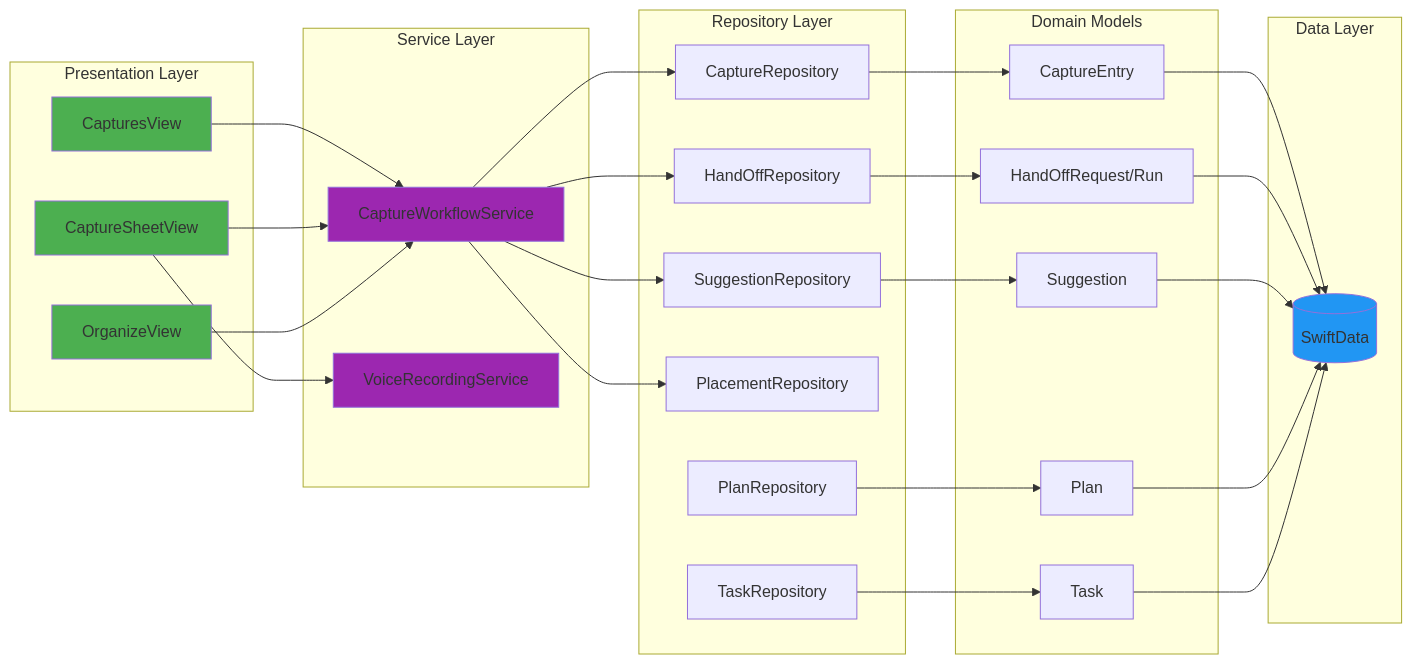
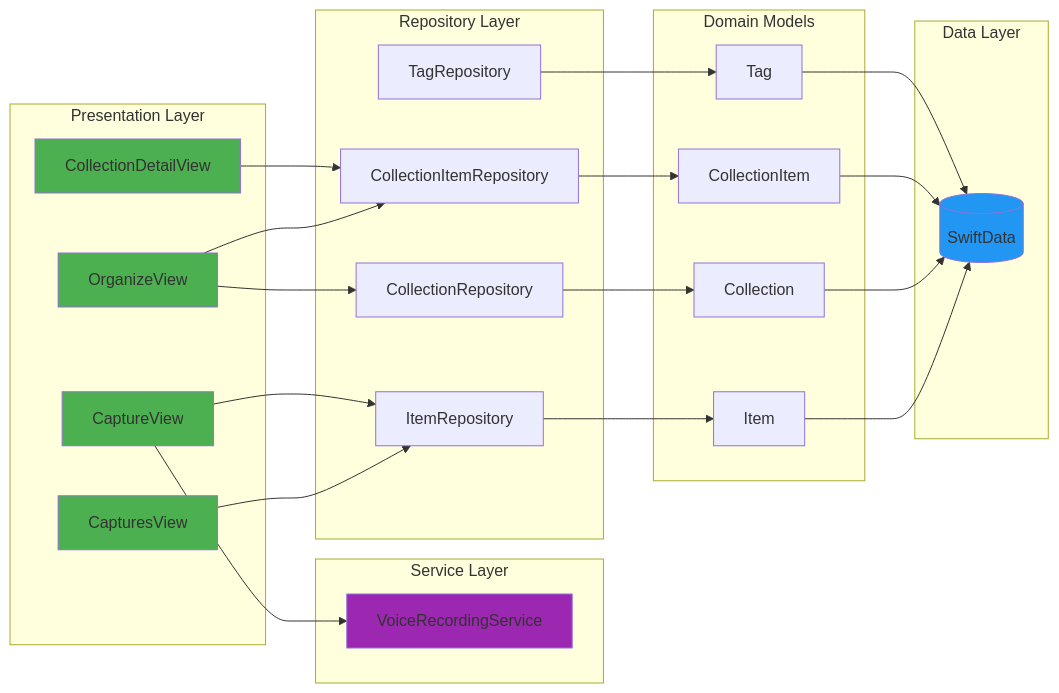
Before and after one commit to Will-Conklin/offload: the second of 4 diagrams in README.md, drawn with Mermaid. The commit also changed other lines of this file and 3 other files, not shown here.

````diff
--- a/README.md
+++ b/README.md
@@ -147,63 +143,55 @@
 ```mermaid
 graph LR
     subgraph "Presentation Layer"
         CAPTURES[CapturesView]
-        CAPTURE[CaptureSheetView]
+        CAPTURE[CaptureView]
         ORGANIZE[OrganizeView]
+        COLLECTION[CollectionDetailView]
     end
 
     subgraph "Service Layer"
-        WORKFLOW[CaptureWorkflowService]
         VOICE[VoiceRecordingService]
     end
 
     subgraph "Repository Layer"
-        CREPO[CaptureRepository]
-        HOREPO[HandOffRepository]
-        SUGREPO[SuggestionRepository]
-        PREPO[PlacementRepository]
-        PLANREPO[PlanRepository]
-        TREPO[TaskRepository]
+        IREPO[ItemRepository]
+        CREPO[CollectionRepository]
+        CIREPO[CollectionItemRepository]
+        TREPO[TagRepository]
     end
 
     subgraph "Domain Models"
-        CAP[CaptureEntry]
-        HO[HandOffRequest/Run]
-        SUG[Suggestion]
-        PLAN[Plan]
-        TASK[Task]
+        ITEM[Item]
+        COLLECTIONM[Collection]
+        COLITEM[CollectionItem]
+        TAG[Tag]
     end
 
     subgraph "Data Layer"
         SWIFTDATA[(SwiftData)]
     end
 
-    CAPTURES --> WORKFLOW
-    CAPTURE --> WORKFLOW
+    CAPTURES --> IREPO
+    CAPTURE --> IREPO
+    ORGANIZE --> CREPO
+    ORGANIZE --> CIREPO
+    COLLECTION --> CIREPO
     CAPTURE --> VOICE
-    ORGANIZE --> WORKFLOW
 
-    WORKFLOW --> CREPO
-    WORKFLOW --> HOREPO
-    WORKFLOW --> SUGREPO
-    WORKFLOW --> PREPO
+    IREPO --> ITEM
+    CREPO --> COLLECTIONM
+    CIREPO --> COLITEM
+    TREPO --> TAG
 
-    CREPO --> CAP
-    HOREPO --> HO
-    SUGREPO --> SUG
-    PLANREPO --> PLAN
-    TREPO --> TASK
-
-    CAP --> SWIFTDATA
-    HO --> SWIFTDATA
-    SUG --> SWIFTDATA
-    PLAN --> SWIFTDATA
-    TASK --> SWIFTDATA
+    ITEM --> SWIFTDATA
+    COLLECTIONM --> SWIFTDATA
+    COLITEM --> SWIFTDATA
+    TAG --> SWIFTDATA
 
     style CAPTURES fill:#4CAF50
     style CAPTURE fill:#4CAF50
     style ORGANIZE fill:#4CAF50
-    style WORKFLOW fill:#9C27B0
+    style COLLECTION fill:#4CAF50
     style VOICE fill:#9C27B0
     style SWIFTDATA fill:#2196F3
 ```
````
